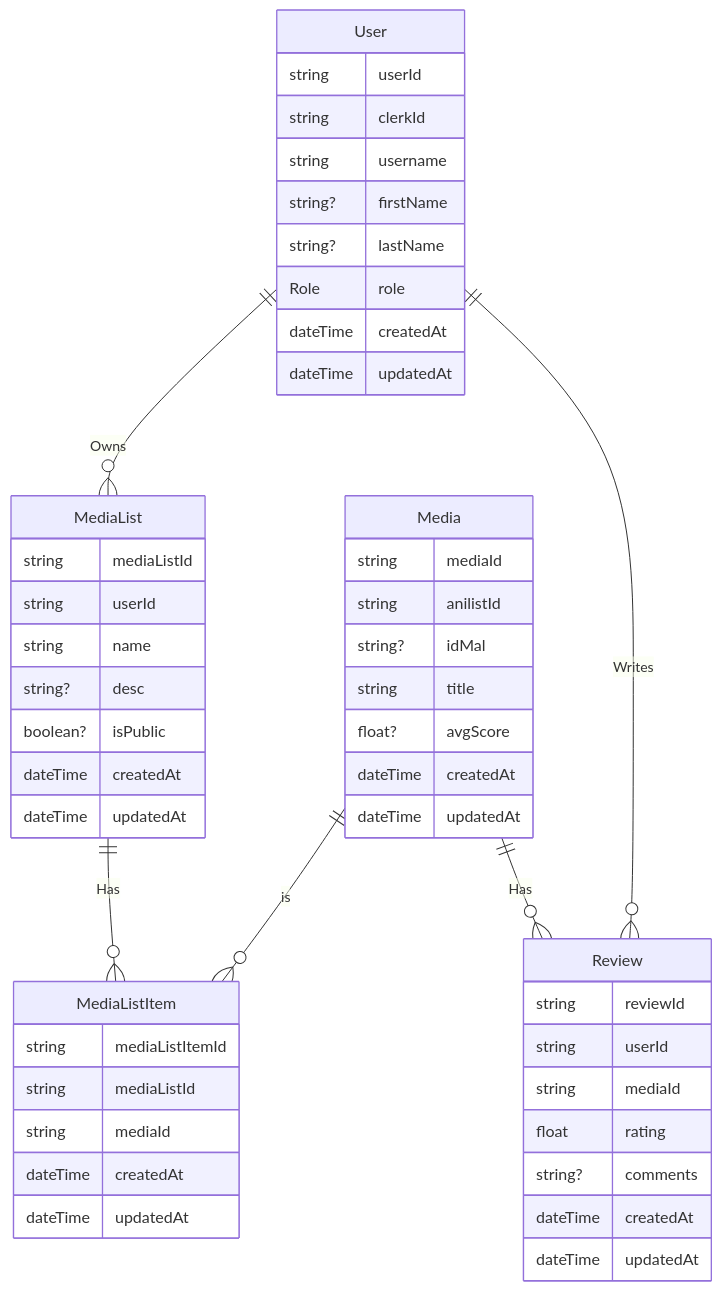
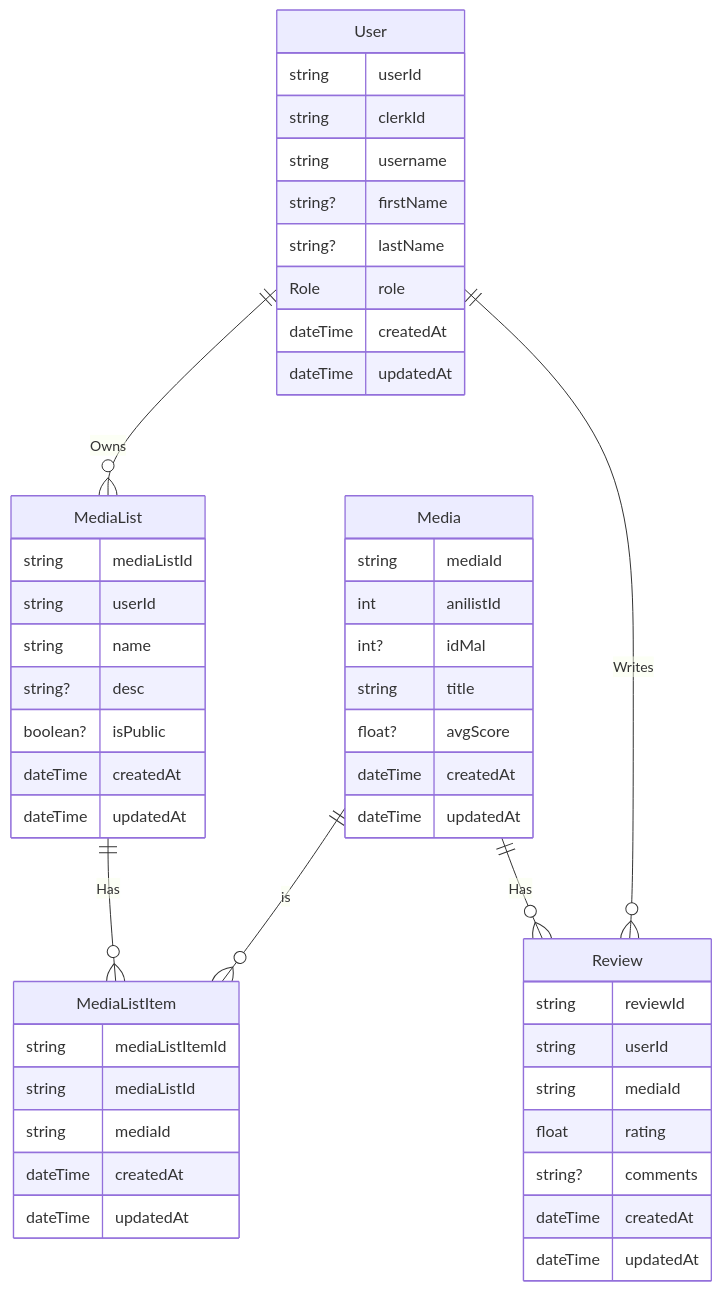
The diagram in README.md (Jaska28/Kiroku-TP2-ServiceWeb), drawn with Mermaid before and after one commit. The commit also changed 1 other file, not shown here.

Commit message:
docs: align ERD types and fix schema typo

````diff
--- a/README.md
+++ b/README.md
@@ -63,62 +63,62 @@
 ```mermaid
 erDiagram
     User ||--o{ MediaList: "Owns"
     MediaList ||--o{ MediaListItem: "Has"
     Media ||--o{ MediaListItem: "is"
     User ||--o{ Review: "Writes"
     Media || --o{ Review: "Has"
 
     User {
         string userId
         string clerkId
         string username
         string? firstName
         string? lastName
         Role role
 
         dateTime createdAt
         dateTime updatedAt
     }
 
     Media {
         string mediaId
-        string anilistId
-        string? idMal
+        int anilistId
+        int? idMal
         string title
         float? avgScore
 
         dateTime createdAt
         dateTime updatedAt
     }
 
     MediaList {
         string mediaListId
         string userId
         string name
         string? desc
         boolean? isPublic
 
         dateTime createdAt
         dateTime updatedAt
     }
 
     MediaListItem {
         string mediaListItemId
         string mediaListId
         string mediaId
 
         dateTime createdAt
         dateTime updatedAt
     }
 
     Review {
         string reviewId
         string userId
         string mediaId
         float rating
         string? comments
 
         dateTime createdAt
         dateTime updatedAt
     }
 ```
````
